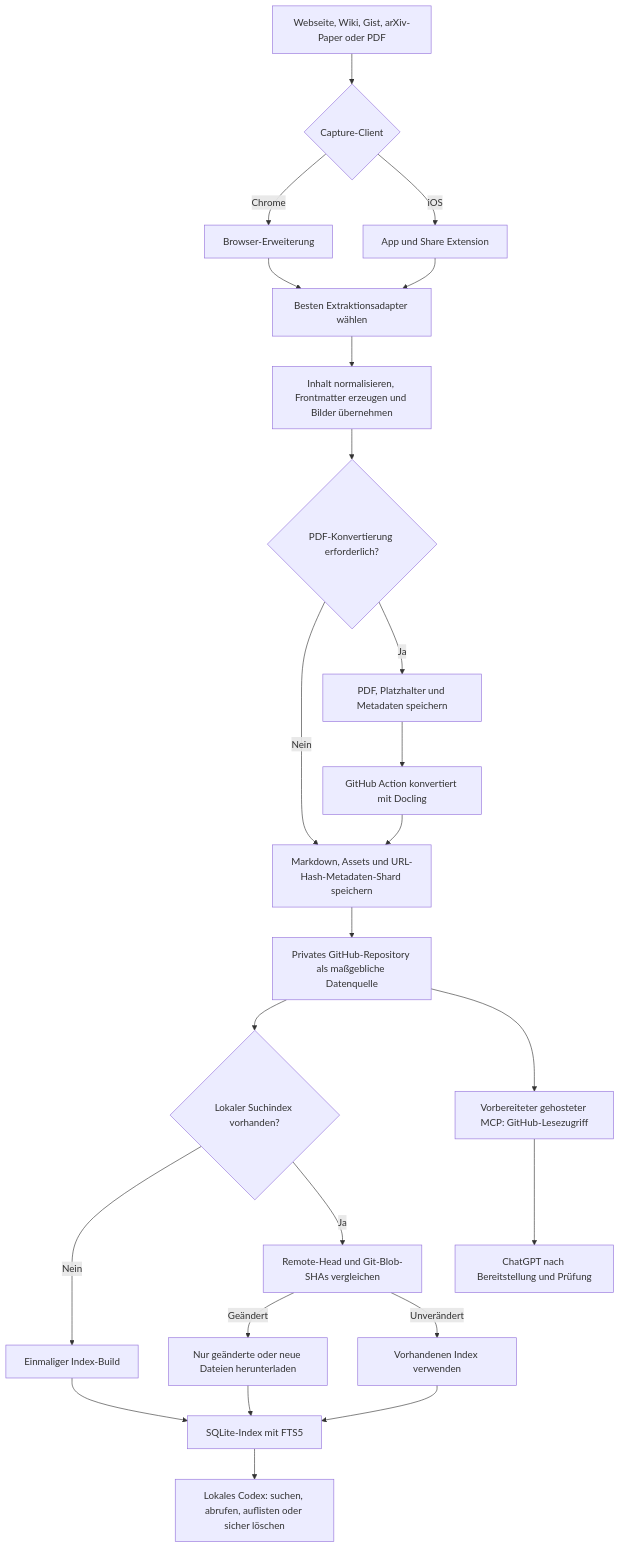
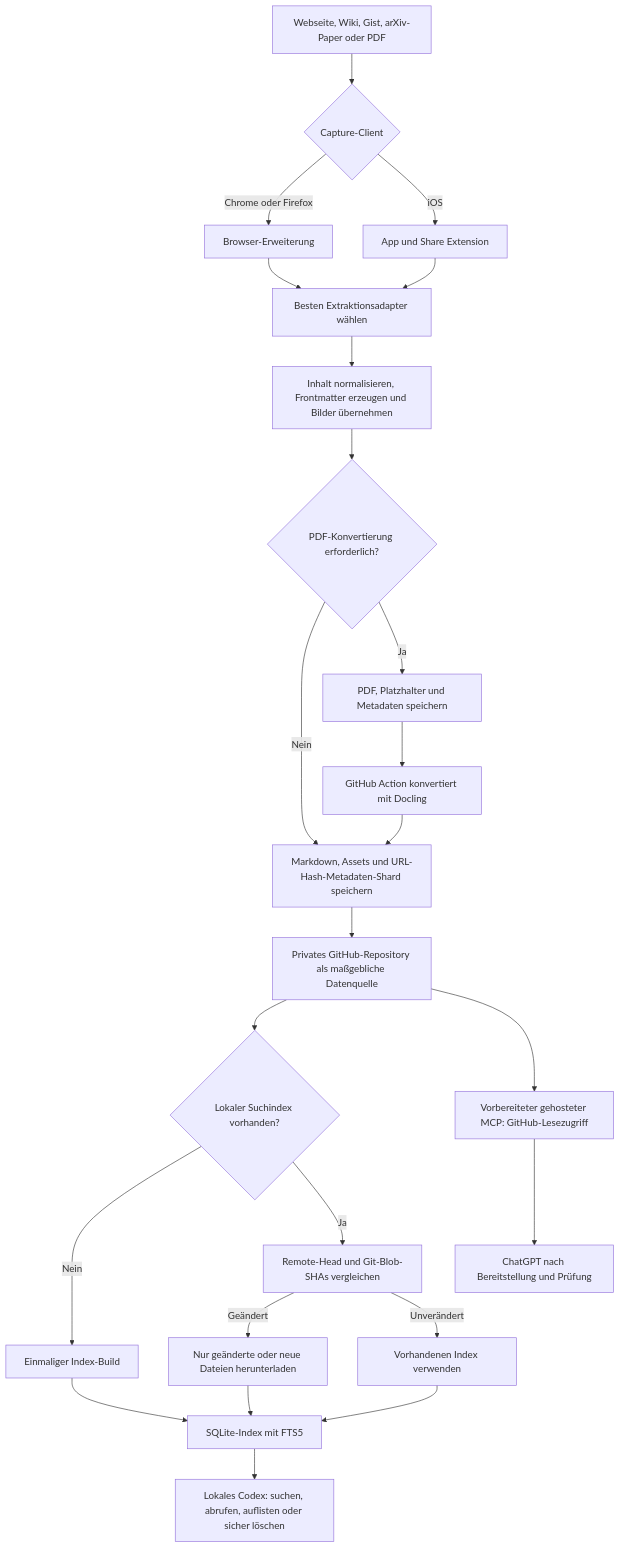
Before and after one commit to patrickschiller/sourcebraid: the diagram in README.de.md, drawn with Mermaid. The commit also changed other lines of this file and 15 other files, not shown here.

````diff
--- a/README.de.md
+++ b/README.de.md
@@ -34,26 +34,26 @@
 ```mermaid
 flowchart TD
     A["Webseite, Wiki, Gist, arXiv-Paper oder PDF"] --> B{"Capture-Client"}
-    B -->|Chrome| C["Browser-Erweiterung"]
+    B -->|Chrome oder Firefox| C["Browser-Erweiterung"]
     B -->|iOS| D["App und Share Extension"]
     C --> E["Besten Extraktionsadapter wählen"]
     D --> E
     E --> F["Inhalt normalisieren, Frontmatter erzeugen und Bilder übernehmen"]
     F --> G{"PDF-Konvertierung erforderlich?"}
     G -->|Nein| H["Markdown, Assets und URL-Hash-Metadaten-Shard speichern"]
     G -->|Ja| I["PDF, Platzhalter und Metadaten speichern"]
     I --> J["GitHub Action konvertiert mit Docling"]
     J --> H
     H --> K["Privates GitHub-Repository als maßgebliche Datenquelle"]
     K --> L{"Lokaler Suchindex vorhanden?"}
     L -->|Nein| M["Einmaliger Index-Build"]
     L -->|Ja| N["Remote-Head und Git-Blob-SHAs vergleichen"]
     N -->|Geändert| O["Nur geänderte oder neue Dateien herunterladen"]
     N -->|Unverändert| P["Vorhandenen Index verwenden"]
     M --> Q["SQLite-Index mit FTS5"]
     O --> Q
     P --> Q
     Q --> R["Lokales Codex: suchen, abrufen, auflisten oder sicher löschen"]
     K --> S["Vorbereiteter gehosteter MCP: GitHub-Lesezugriff"]
     S --> T["ChatGPT nach Bereitstellung und Prüfung"]
 ```
````
